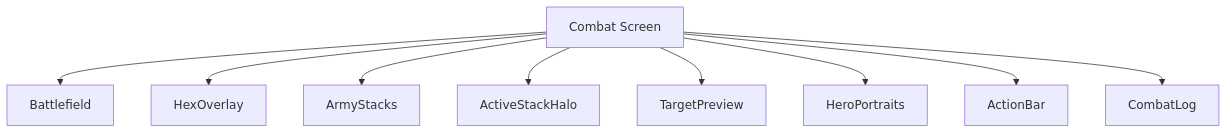
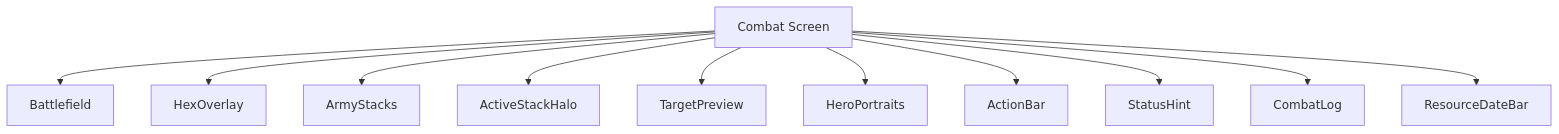
The first of 5 diagrams in docs/architecture/wiki/screens/38-combat-screen/architecture.md (SunaNoOshiro/Heroes_Reforged_AI_Realms), drawn with Mermaid before and after one commit. The commit also changed other lines of this file and 518 other files, not shown here.

First line of the commit message:
Add doc-audit skill and sweep architecture/screen docs

````diff
--- a/docs/architecture/wiki/screens/38-combat-screen/architecture.md
+++ b/docs/architecture/wiki/screens/38-combat-screen/architecture.md
@@ -16,20 +19,14 @@
 ```mermaid
 flowchart TD
   Root["Combat Screen"]
-  C0["Battlefield"]
-  Root --> C0
-  C1["HexOverlay"]
-  Root --> C1
-  C2["ArmyStacks"]
-  Root --> C2
-  C3["ActiveStackHalo"]
-  Root --> C3
-  C4["TargetPreview"]
-  Root --> C4
-  C5["HeroPortraits"]
-  Root --> C5
-  C6["ActionBar"]
-  Root --> C6
-  C7["CombatLog"]
-  Root --> C7
+  Root --> C0["Battlefield"]
+  Root --> C1["HexOverlay"]
+  Root --> C2["ArmyStacks"]
+  Root --> C3["ActiveStackHalo"]
+  Root --> C4["TargetPreview"]
+  Root --> C5["HeroPortraits"]
+  Root --> C6["ActionBar"]
+  Root --> C7["StatusHint"]
+  Root --> C8["CombatLog"]
+  Root --> C9["ResourceDateBar"]
 ```
````
